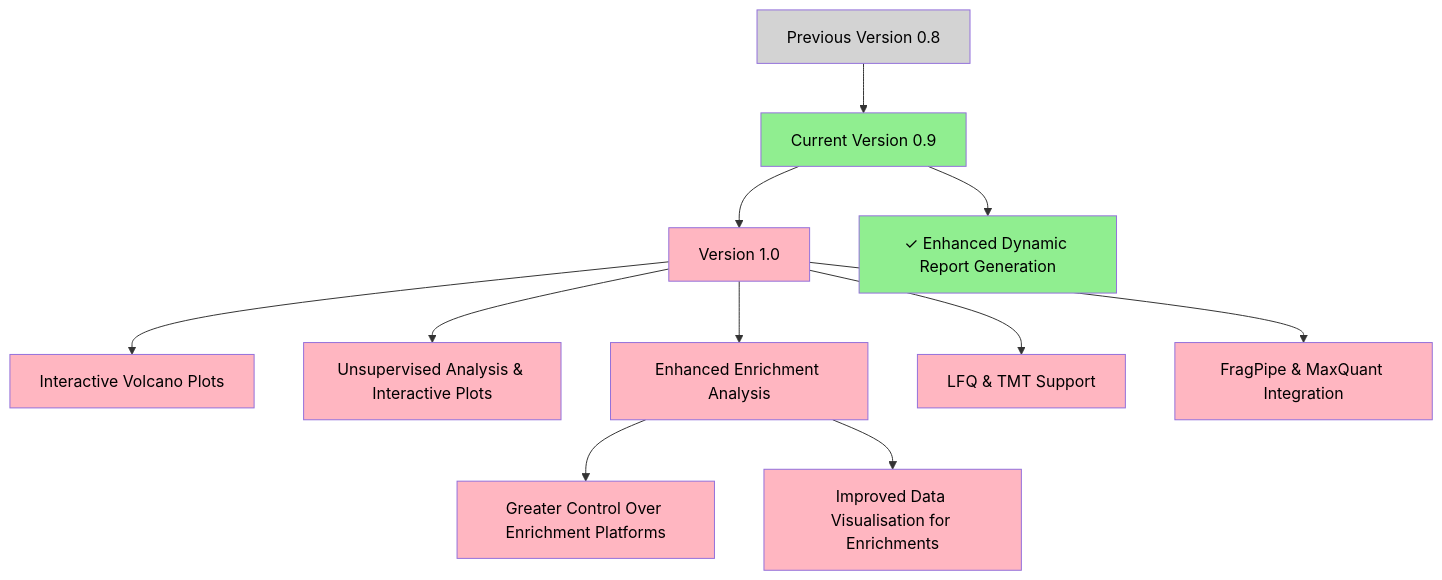
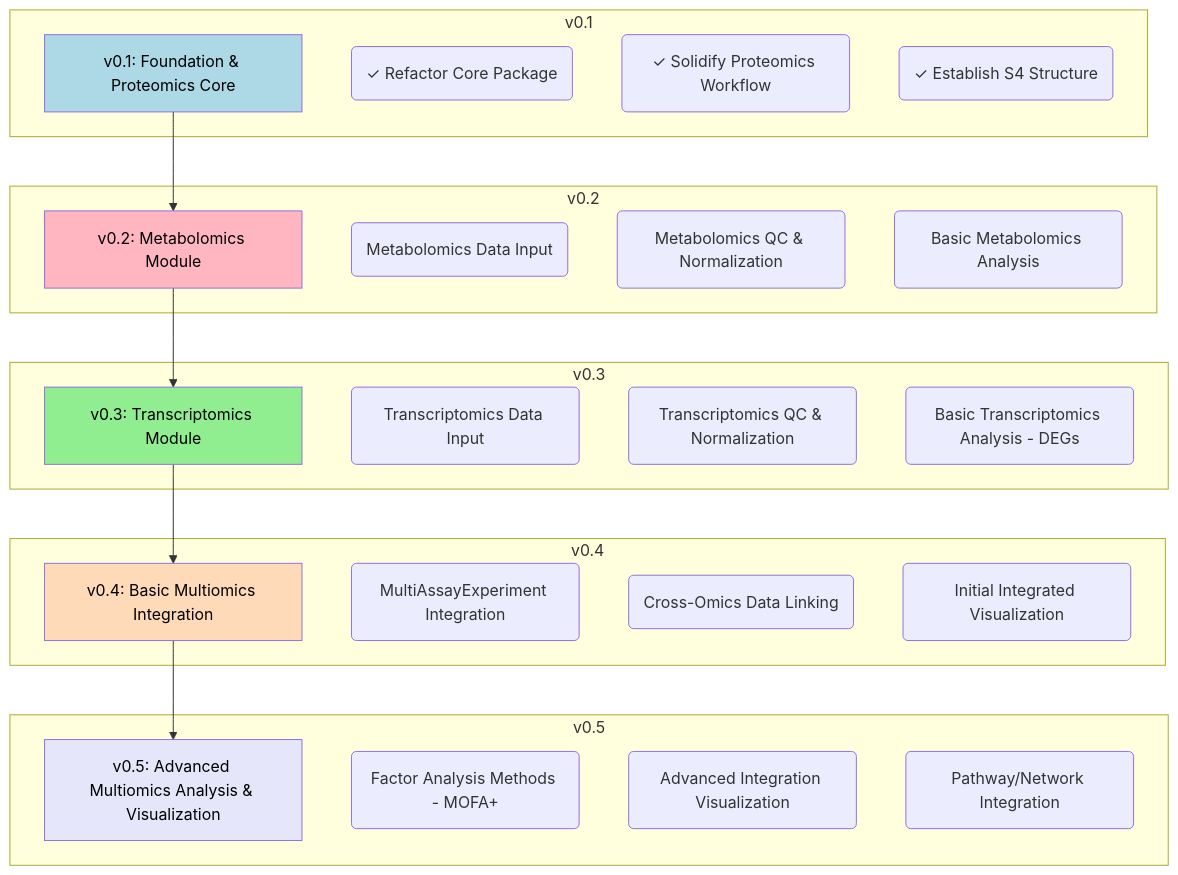
The diagram in README.md (APAF-bioinformatics/MultiScholaR), drawn with Mermaid before and after one commit. The commit also changed other lines of this file and 6 other files, not shown here.

````diff
--- a/README.md
+++ b/README.md
@@ -82,24 +21,44 @@
 ```mermaid
 graph TD
-A[Previous Version 0.8] --> B[Current Version 0.9]
-B --> C[Version 1.0]
-B --> E[✓ Enhanced Dynamic Report Generation]
-C --> D[Interactive Volcano Plots]
-C --> F[Unsupervised Analysis & Interactive Plots]
-C --> G[Enhanced Enrichment Analysis]
-C --> J[LFQ & TMT Support]
-C --> K[FragPipe & MaxQuant Integration]
-G --> H[Greater Control Over Enrichment Platforms]
-G --> I[Improved Data Visualisation for Enrichments]
-style A fill:#D3D3D3,color:#000000
-style B fill:#90EE90,color:#000000
-style C fill:#FFB6C1,color:#000000
-style D fill:#FFB6C1,color:#000000
-style E fill:#90EE90,color:#000000
-style F fill:#FFB6C1,color:#000000
-style G fill:#FFB6C1,color:#000000
-style H fill:#FFB6C1,color:#000000
-style I fill:#FFB6C1,color:#000000
-style J fill:#FFB6C1,color:#000000
-style K fill:#FFB6C1,color:#000000
+    A[v0.1: Foundation & Proteomics Core] --> B[v0.2: Metabolomics Module];
+    B --> C[v0.3: Transcriptomics Module];
+    C --> D[v0.4: Basic Multiomics Integration];
+    D --> E[v0.5: Advanced Multiomics Analysis & Visualization];
+
+    subgraph "v0.1"
+        A
+        A1(✓ Refactor Core Package)
+        A2(✓ Solidify Proteomics Workflow)
+        A3(✓ Establish S4 Structure)
+    end
+    subgraph "v0.2"
+        B
+        B1(Metabolomics Data Input)
+        B2(Metabolomics QC & Normalization)
+        B3(Basic Metabolomics Analysis)
+    end
+    subgraph "v0.3"
+        C
+        C1(Transcriptomics Data Input)
+        C2(Transcriptomics QC & Normalization)
+        C3(Basic Transcriptomics Analysis - DEGs)
+    end
+     subgraph "v0.4"
+        D
+        D1(MultiAssayExperiment Integration)
+        D2(Cross-Omics Data Linking)
+        D3(Initial Integrated Visualization)
+    end
+     subgraph "v0.5"
+        E
+        E1(Factor Analysis Methods - MOFA+)
+        E2(Advanced Integration Visualization)
+        E3(Pathway/Network Integration)
+    end
+
+    style A fill:#ADD8E6,color:#000000
+    style B fill:#FFB6C1,color:#000000
+    style C fill:#90EE90,color:#000000
+    style D fill:#FFDAB9,color:#000000
+    style E fill:#E6E6FA,color:#000000
 ```
````
